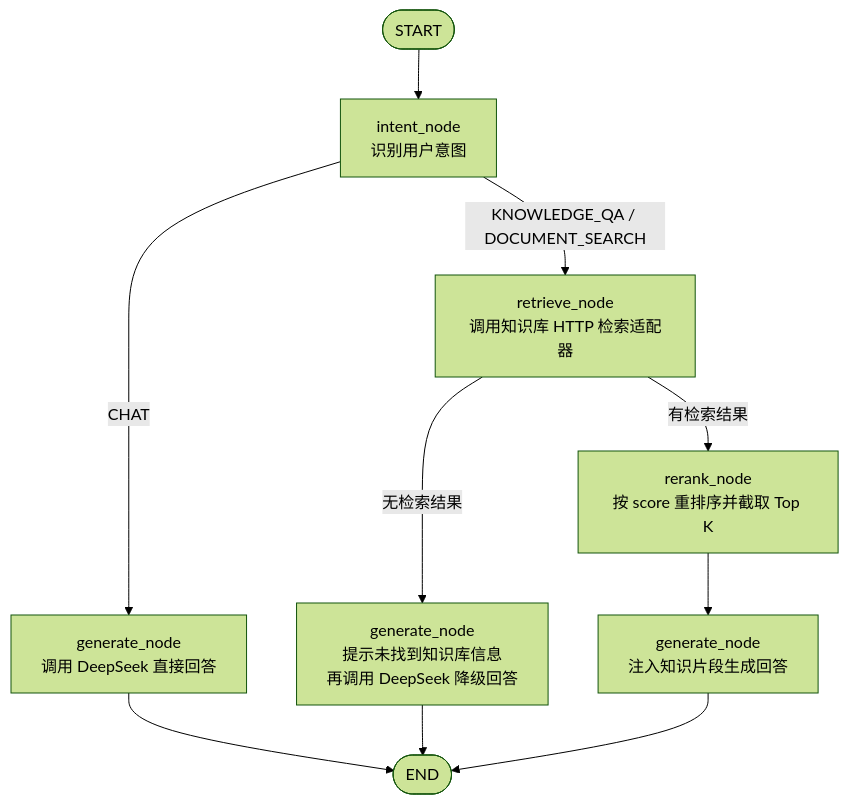
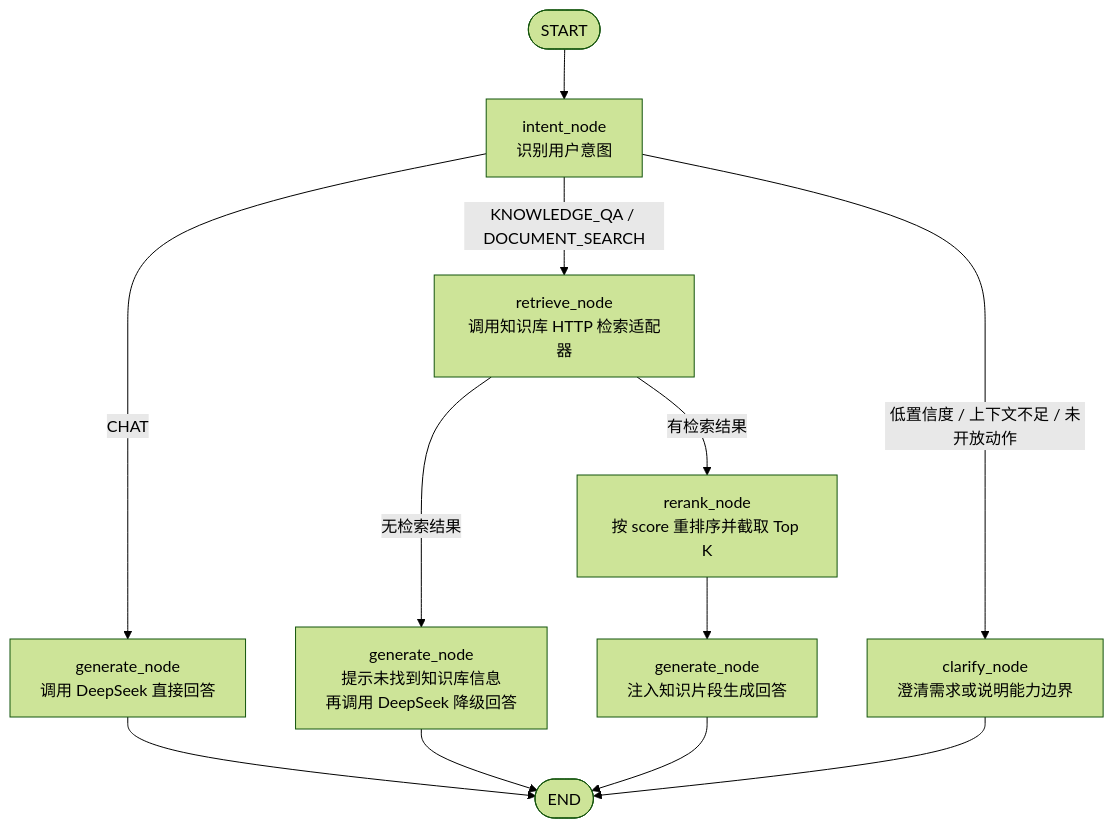
One commit to ai-nexus-platform-suep/smart-km-report-gen changed the diagram in qa-agent/AGENT_WORKFLOW.md. Above: the diagram before and after it, drawn with Mermaid (forest theme). The commit also changed other lines of this file and 2 other files, not shown here.

````diff
--- a/qa-agent/AGENT_WORKFLOW.md
+++ b/qa-agent/AGENT_WORKFLOW.md
@@ -3,16 +3,18 @@
 ```mermaid
 flowchart TD
     Start([START]) --> Intent[intent_node<br/>识别用户意图]
 
     Intent -->|CHAT| Generate[generate_node<br/>调用 DeepSeek 直接回答]
     Intent -->|KNOWLEDGE_QA / DOCUMENT_SEARCH| Retrieve[retrieve_node<br/>调用知识库 HTTP 检索适配器]
+    Intent -->|低置信度 / 上下文不足 / 未开放动作| Clarify[clarify_node<br/>澄清需求或说明能力边界]
 
     Retrieve -->|无检索结果| GenerateFallback[generate_node<br/>提示未找到知识库信息<br/>再调用 DeepSeek 降级回答]
     Retrieve -->|有检索结果| Rerank[rerank_node<br/>按 score 重排序并截取 Top K]
 
     Rerank --> GenerateRag[generate_node<br/>注入知识片段生成回答]
 
     Generate --> End([END])
     GenerateFallback --> End
     GenerateRag --> End
+    Clarify --> End
 ```
````
